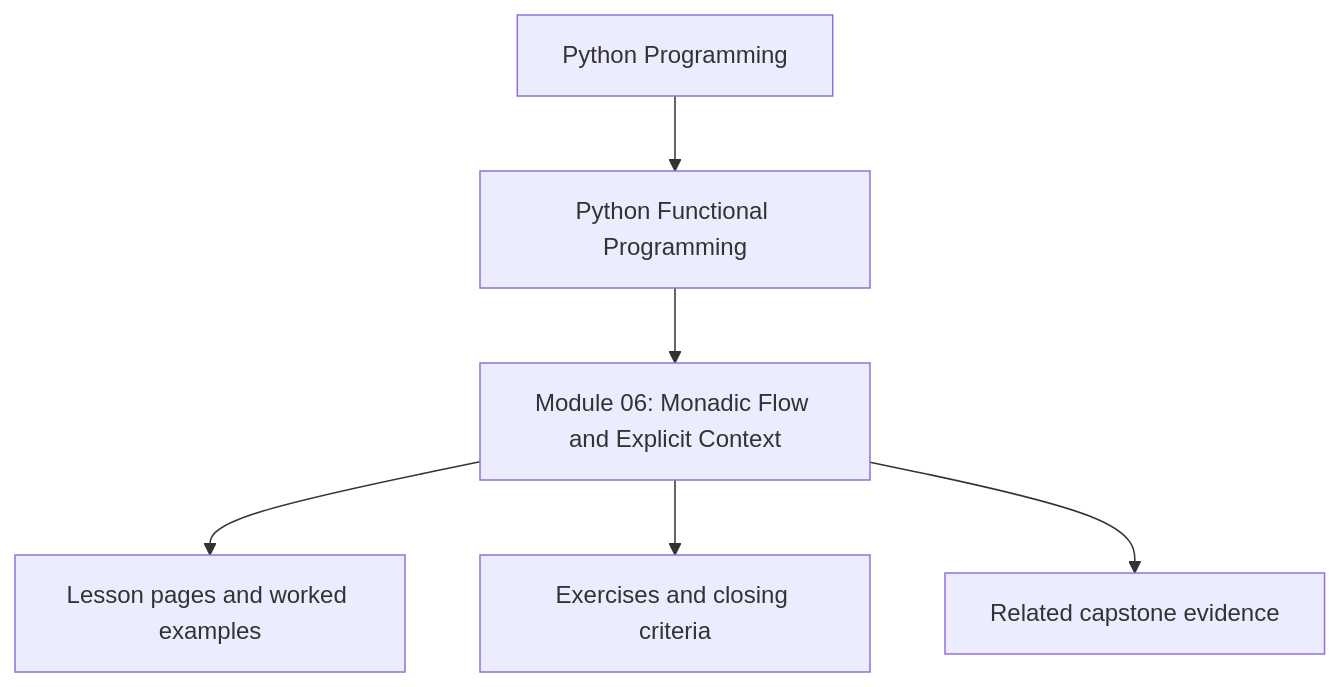
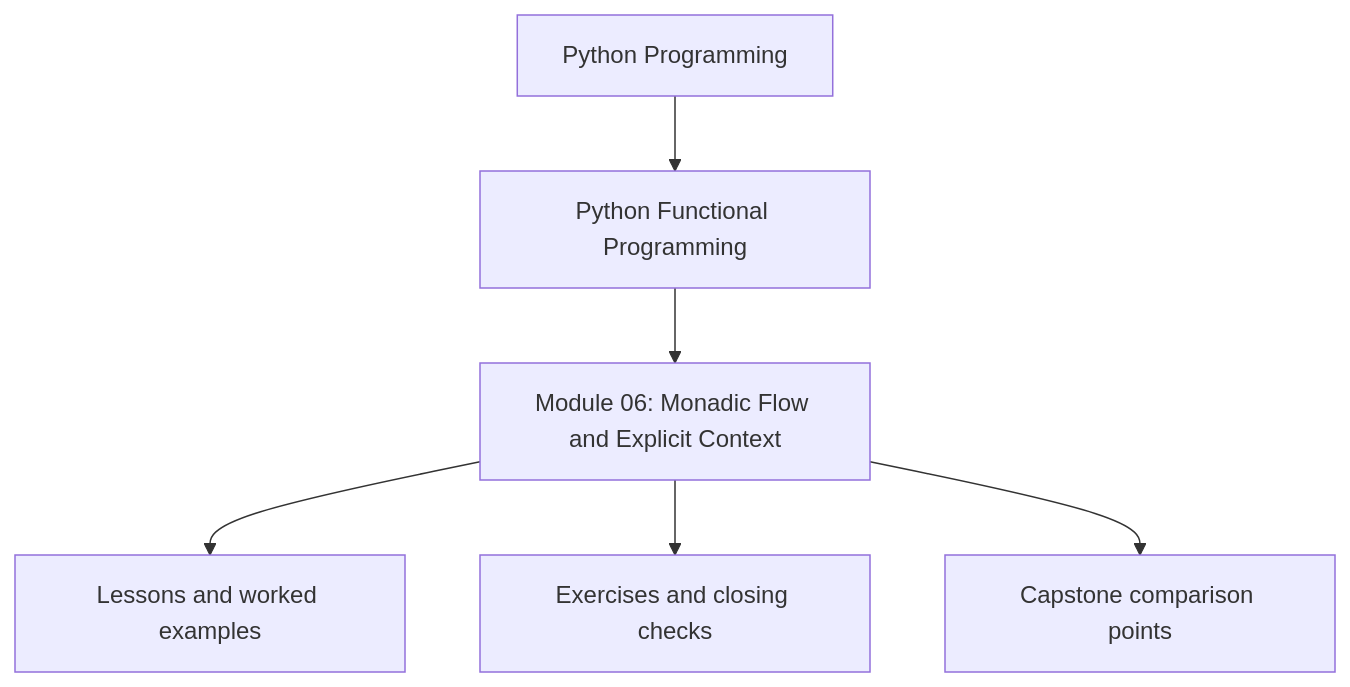
The first of 2 diagrams in programs/python-programming/python-functional-programming/course-book/module-06-monadic-flow-explicit-context/index.md (bijux/bijux-masterclass), drawn with Mermaid before and after one commit. The commit also changed other lines of this file, not shown here.

Commit message:
docs(functional-programming): clarify module 06 roadmap

````diff
--- a/programs/python-programming/python-functional-programming/course-book/module-06-monadic-flow-explicit-context/index.md
+++ b/programs/python-programming/python-functional-programming/course-book/module-06-monadic-flow-explicit-context/index.md
@@ -7,8 +6,8 @@
 ```mermaid
 flowchart TD
   family["Python Programming"] --> program["Python Functional Programming"]
   program --> module["Module 06: Monadic Flow and Explicit Context"]
-  module --> lessons["Lesson pages and worked examples"]
-  module --> checkpoints["Exercises and closing criteria"]
-  module --> capstone["Related capstone evidence"]
+  module --> lessons["Lessons and worked examples"]
+  module --> exercises["Exercises and closing checks"]
+  module --> capstone["Capstone comparison points"]
 ```
````
